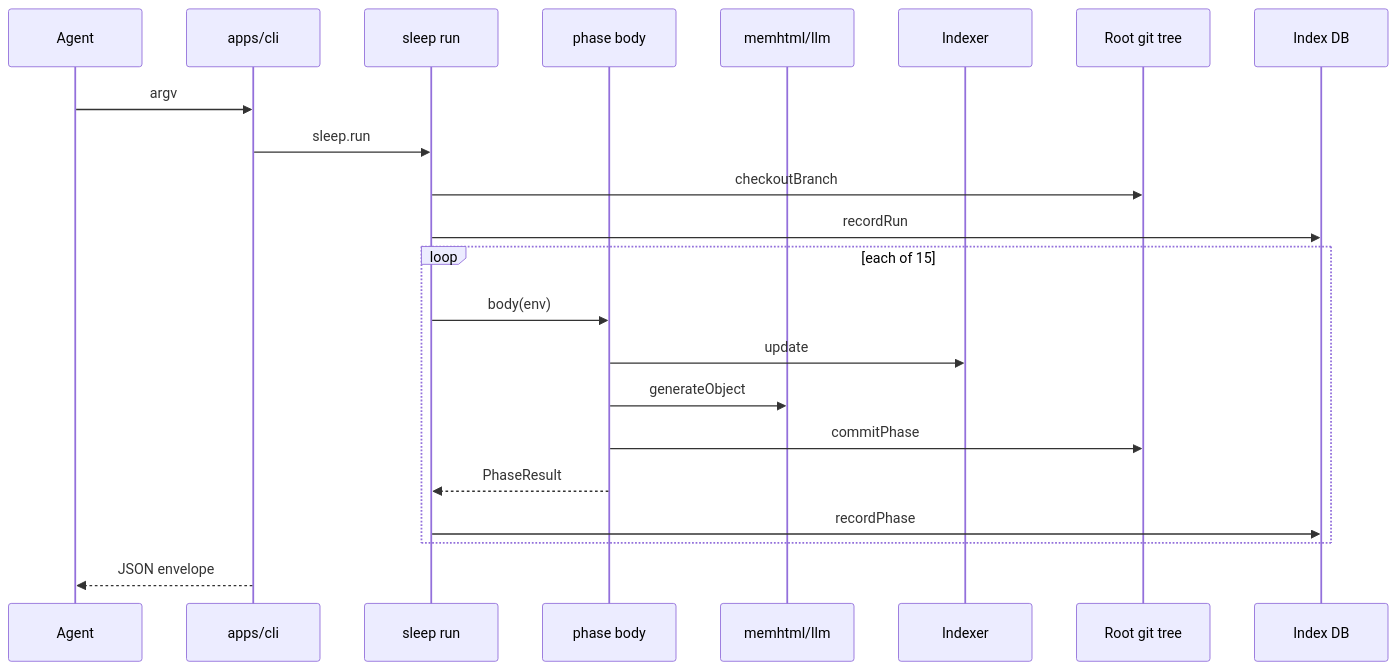
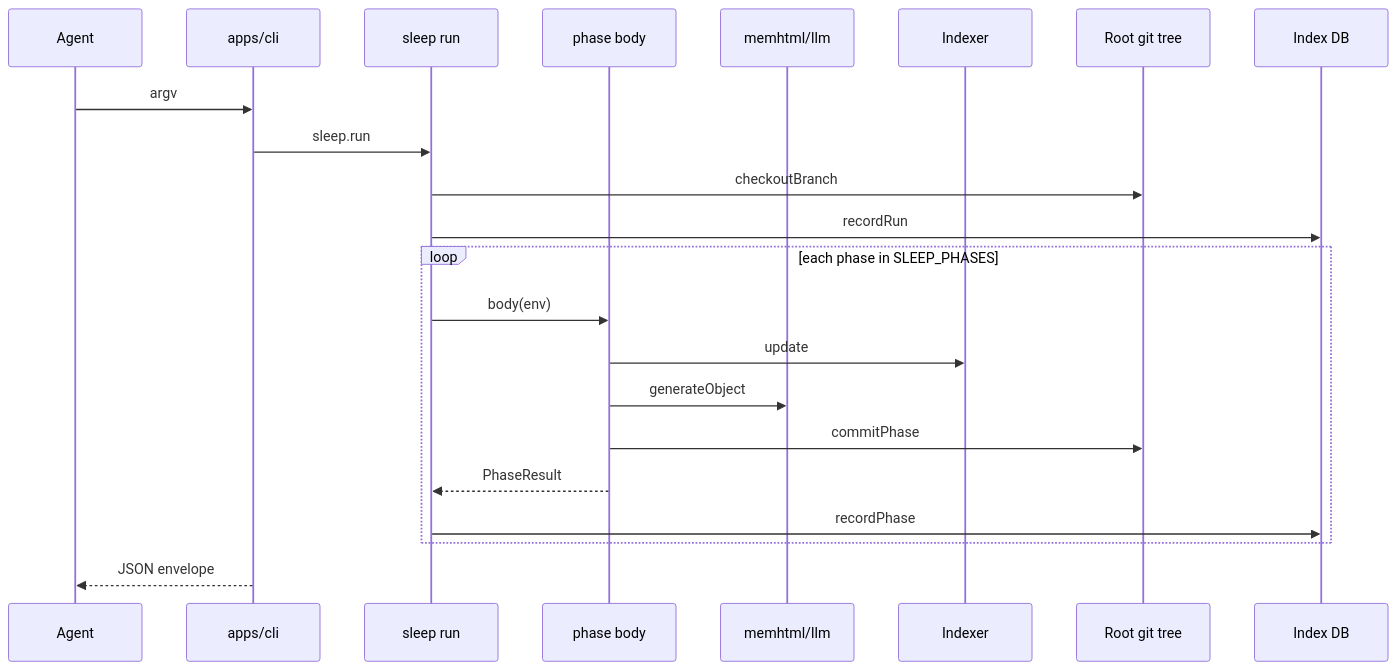
Before and after one commit to memhtml/memhtml: the third of 3 diagrams in docs/diagrams/behavioral/sequences.md, drawn with Mermaid. The commit also changed other lines of this file and 36 other files, not shown here.

````diff
--- a/docs/diagrams/behavioral/sequences.md
+++ b/docs/diagrams/behavioral/sequences.md
@@ -71,25 +71,25 @@
 ```mermaid
 sequenceDiagram
     participant Agent
     participant Cli as apps/cli
     participant Runner as sleep run
     participant Phase as phase body
     participant Model as memhtml/llm
     participant Indexer
     participant Git as Root git tree
     participant Db as Index DB
 
     Agent->>Cli: argv
     Cli->>Runner: sleep.run
     Runner->>Git: checkoutBranch
     Runner->>Db: recordRun
-    loop each of 15
+    loop each phase in SLEEP_PHASES
         Runner->>Phase: body(env)
         Phase->>Indexer: update
         Phase->>Model: generateObject
         Phase->>Git: commitPhase
         Phase-->>Runner: PhaseResult
         Runner->>Db: recordPhase
     end
     Cli-->>Agent: JSON envelope
 ```
````
